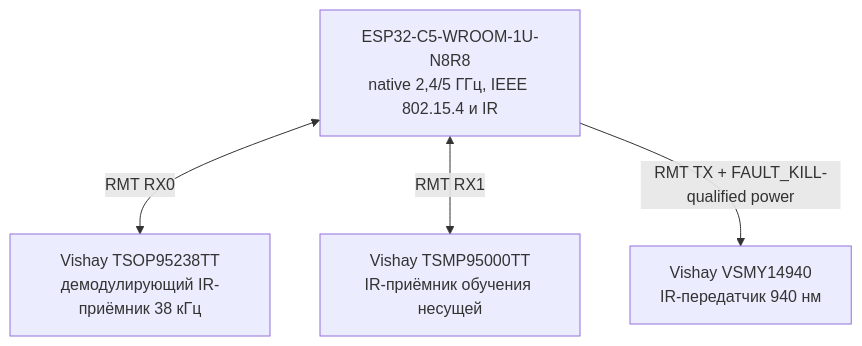
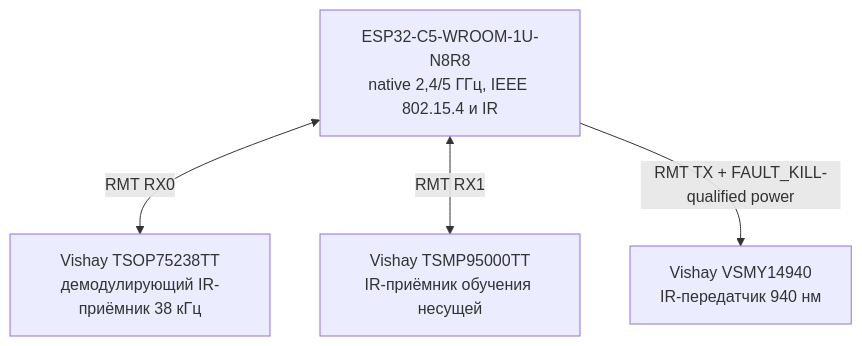
Before and after one commit to anton-vinogradov/esp32-leshy2: the third of 10 diagrams in docs/schematics.ru.md, drawn with Mermaid. The commit also changed 110 other files, not shown here.

````diff
--- a/docs/schematics.ru.md
+++ b/docs/schematics.ru.md
@@ -105,10 +105,10 @@
 ```mermaid
 flowchart TD
 C5["ESP32-C5-WROOM-1U-N8R8<br/>native 2,4/5 ГГц, IEEE 802.15.4 и IR"]
-IR_DEMOD["Vishay TSOP95238TT<br/>демодулирующий IR-приёмник 38 кГц"]
+IR_DEMOD["Vishay TSOP75238TT<br/>демодулирующий IR-приёмник 38 кГц"]
 IR_CARRIER["Vishay TSMP95000TT<br/>IR-приёмник обучения несущей"]
 IR_EMITTER["Vishay VSMY14940<br/>IR-передатчик 940 нм"]
   C5 <-->|"RMT RX0"| IR_DEMOD
   C5 <-->|"RMT RX1"| IR_CARRIER
   C5 -->|"RMT TX + FAULT_KILL-qualified power"| IR_EMITTER
 ```
````
